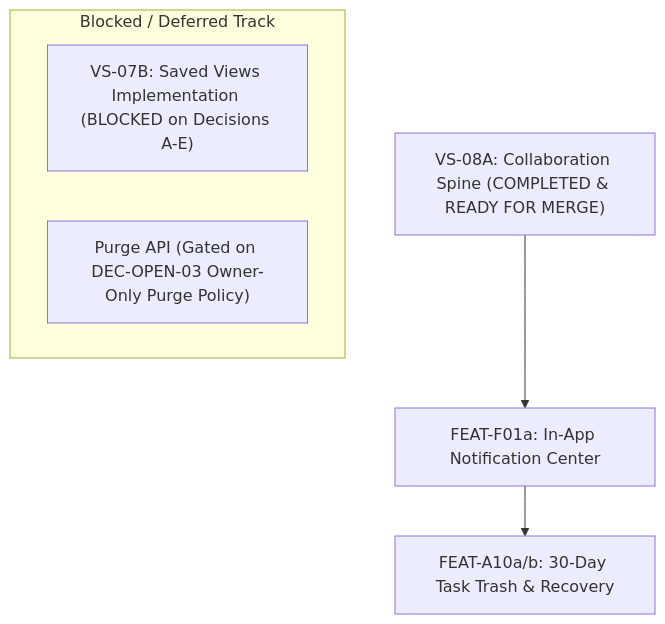
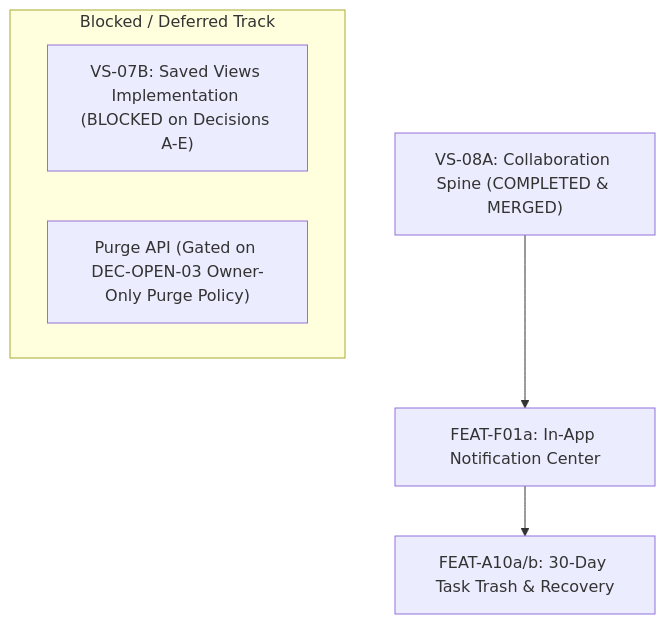
One commit to Samudra-Bose/sonder changed the first of 2 diagrams in docs/04-implementation/sonder-project-progress-tracker.md. Above: the diagram before and after it, drawn with Mermaid. The commit also changed other lines of this file and 1 other file, not shown here.

Commit message:
docs: record final merge commit c2cbbe1 in VS-08A delivery report and progress tracker

````diff
--- a/docs/04-implementation/sonder-project-progress-tracker.md
+++ b/docs/04-implementation/sonder-project-progress-tracker.md
@@ -47,10 +47,10 @@
 ```mermaid
 flowchart TD
-    Current["VS-08A: Collaboration Spine (COMPLETED & READY FOR MERGE)"] --> Next["FEAT-F01a: In-App Notification Center"]
+    Current["VS-08A: Collaboration Spine (COMPLETED & MERGED)"] --> Next["FEAT-F01a: In-App Notification Center"]
     Next --> FollowUp["FEAT-A10a/b: 30-Day Task Trash & Recovery"]
     
     subgraph Deferred ["Blocked / Deferred Track"]
         SV["VS-07B: Saved Views Implementation (BLOCKED on Decisions A-E)"]
         Trash["Purge API (Gated on DEC-OPEN-03 Owner-Only Purge Policy)"]
     end
 ```
````
